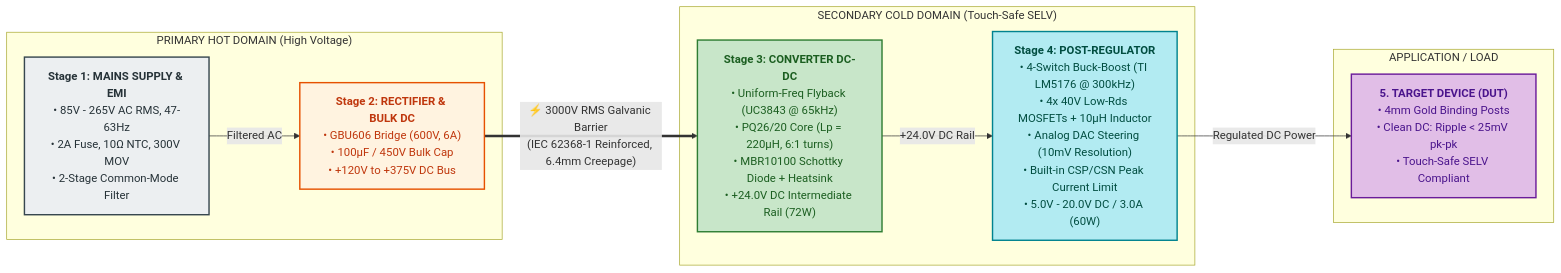
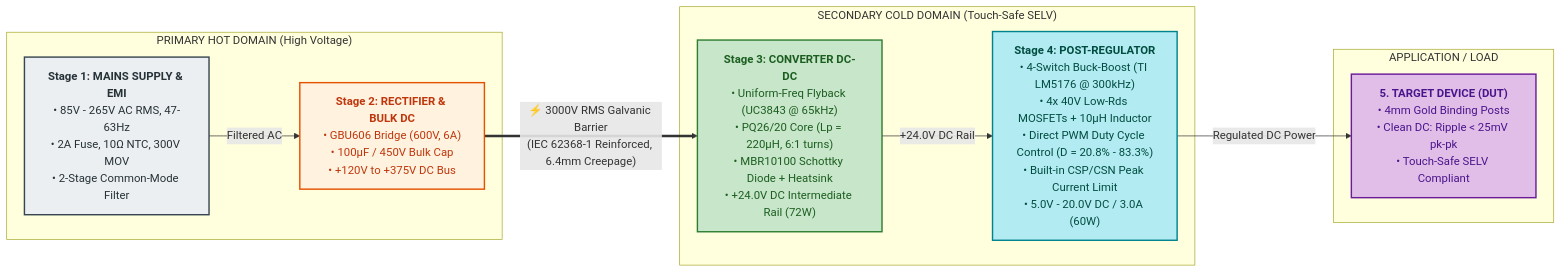
One commit to tthongs/av_iv changed the diagram in final_prd_staging/mermaid/figure1_simplified_4stage_power_flow.mmd. Above: the diagram before and after it, drawn with Mermaid. The commit also changed 32 other files, not shown here.

Commit message:
feat: trash voltage steering, transition to direct PWM duty cycle voltage control, and regenerate connections diagram

```diff
--- a/final_prd_staging/mermaid/figure1_simplified_4stage_power_flow.mmd
+++ b/final_prd_staging/mermaid/figure1_simplified_4stage_power_flow.mmd
@@ -1,26 +1,26 @@
 flowchart LR
     %% Domain Styles
     classDef acStyle fill:#ECEFF1,stroke:#37474F,stroke-width:2px,color:#263238
     classDef rectStyle fill:#FFF3E0,stroke:#E65100,stroke-width:2px,color:#BF360C
     classDef isoStyle fill:#C8E6C9,stroke:#2E7D32,stroke-width:2px,color:#1B5E20
     classDef bbStyle fill:#B2EBF2,stroke:#00838F,stroke-width:2px,color:#004D40
     classDef dutStyle fill:#E1BEE7,stroke:#6A1B9A,stroke-width:2px,color:#4A148C
 
     subgraph HOT_DOMAIN ["PRIMARY HOT DOMAIN (High Voltage)"]
         S1["<b>Stage 1: MAINS SUPPLY & EMI</b><br/>• 85V - 265V AC RMS, 47-63Hz<br/>• 2A Fuse, 10Ω NTC, 300V MOV<br/>• 2-Stage Common-Mode Filter"]:::acStyle
         S2["<b>Stage 2: RECTIFIER & BULK DC</b><br/>• GBU606 Bridge (600V, 6A)<br/>• 100µF / 450V Bulk Cap<br/>• +120V to +375V DC Bus"]:::rectStyle
         S1 -->|"Filtered AC"| S2
     end
 
     subgraph COLD_DOMAIN ["SECONDARY COLD DOMAIN (Touch-Safe SELV)"]
         S3["<b>Stage 3: CONVERTER DC-DC</b><br/>• Uniform-Freq Flyback (UC3843 @ 65kHz)<br/>• PQ26/20 Core (Lp = 220µH, 6:1 turns)<br/>• MBR10100 Schottky Diode + Heatsink<br/>• +24.0V DC Intermediate Rail (72W)"]:::isoStyle
-        S4["<b>Stage 4: POST-REGULATOR</b><br/>• 4-Switch Buck-Boost (TI LM5176 @ 300kHz)<br/>• 4x 40V Low-Rds MOSFETs + 10µH Inductor<br/>• Analog DAC Steering (10mV Resolution)<br/>• Built-in CSP/CSN Peak Current Limit<br/>• 5.0V - 20.0V DC / 3.0A (60W)"]:::bbStyle
+        S4["<b>Stage 4: POST-REGULATOR</b><br/>• 4-Switch Buck-Boost (TI LM5176 @ 300kHz)<br/>• 4x 40V Low-Rds MOSFETs + 10µH Inductor<br/>• Direct PWM Duty Cycle Control (D = 20.8% - 83.3%)<br/>• Built-in CSP/CSN Peak Current Limit<br/>• 5.0V - 20.0V DC / 3.0A (60W)"]:::bbStyle
         S3 -->|"+24.0V DC Rail"| S4
     end
 
     subgraph LOAD_DOMAIN ["APPLICATION / LOAD"]
         S5["<b>5. TARGET DEVICE (DUT)</b><br/>• 4mm Gold Binding Posts<br/>• Clean DC: Ripple < 25mV pk-pk<br/>• Touch-Safe SELV Compliant"]:::dutStyle
     end
 
     S2 ==>|"⚡ 3000V RMS Galvanic Barrier<br/>(IEC 62368-1 Reinforced, 6.4mm Creepage)"| S3
     S4 -->|"Regulated DC Power"| S5
```
